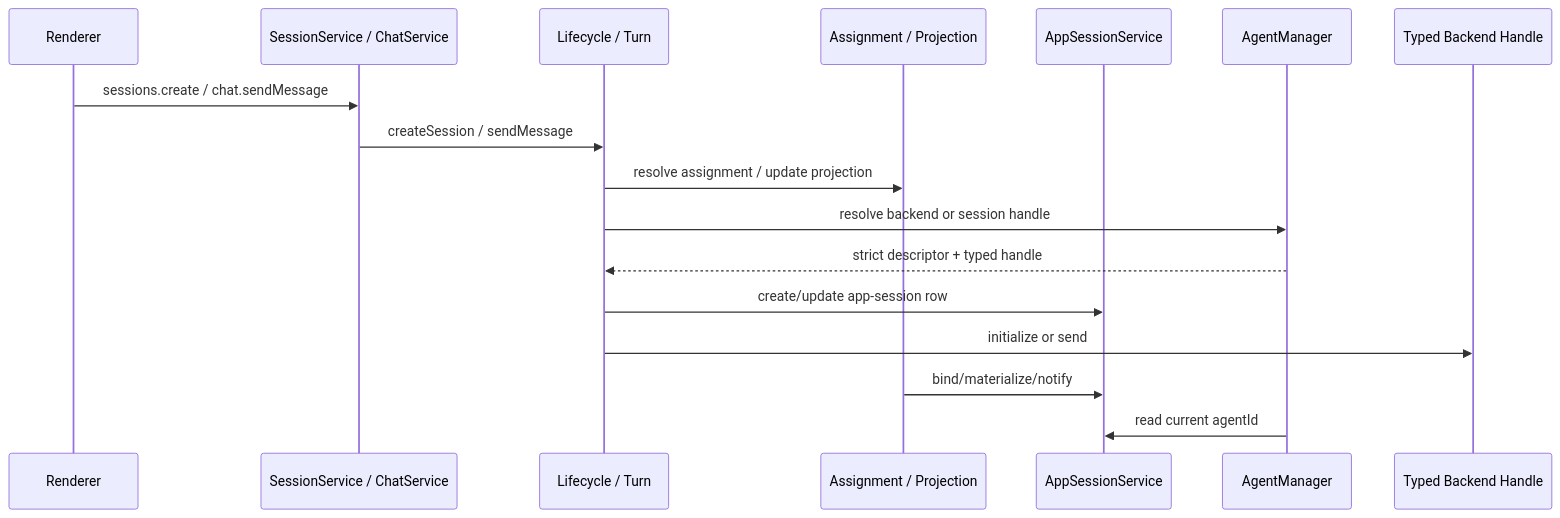
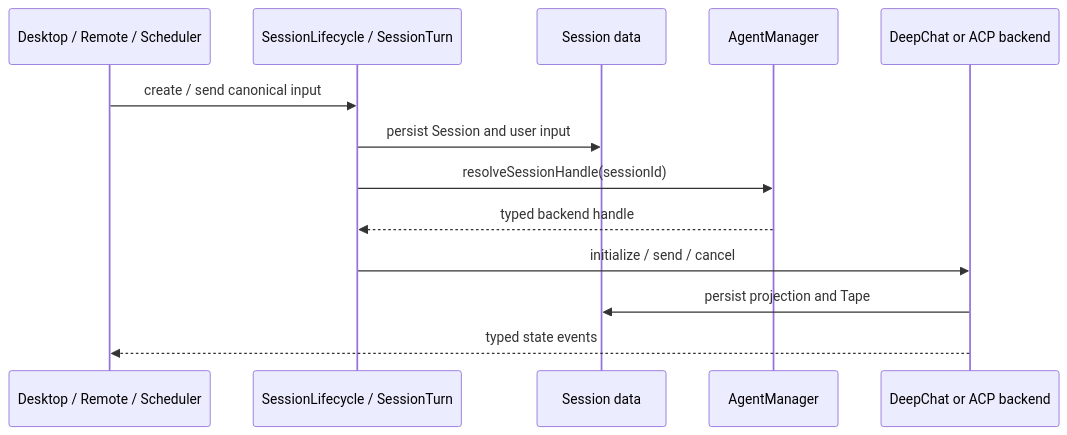
Before and after one commit to zerob13/deepchat: the diagram in docs/architecture/session-management.md, drawn with Mermaid. The commit also changed other lines of this file and 1922 other files, not shown here.

First line of the commit message:
refactor(main): realign process architecture (#1987)

````diff
--- a/docs/architecture/session-management.md
+++ b/docs/architecture/session-management.md
@@ -38,20 +27,16 @@
 ```mermaid
 sequenceDiagram
-    participant R as Renderer
-    participant SS as SessionService / ChatService
-    participant L as Lifecycle / Turn
-    participant A as Assignment / Projection
-    participant S as AppSessionService
+    participant E as Desktop / Remote / Scheduler
+    participant S as SessionLifecycle / SessionTurn
+    participant D as Session data
     participant M as AgentManager
-    participant B as Typed Backend Handle
+    participant B as DeepChat or ACP backend
 
-    R->>SS: sessions.create / chat.sendMessage
-    SS->>L: createSession / sendMessage
-    L->>A: resolve assignment / update projection
-    L->>M: resolve backend or session handle
-    M-->>L: strict descriptor + typed handle
-    L->>S: create/update app-session row
-    L->>B: initialize or send
-    A->>S: bind/materialize/notify
-    M->>S: read current agentId
+    E->>S: create / send canonical input
+    S->>D: persist Session and user input
+    S->>M: resolveSessionHandle(sessionId)
+    M-->>S: typed backend handle
+    S->>B: initialize / send / cancel
+    B->>D: persist projection and Tape
+    B-->>E: typed state events
 ```
````
